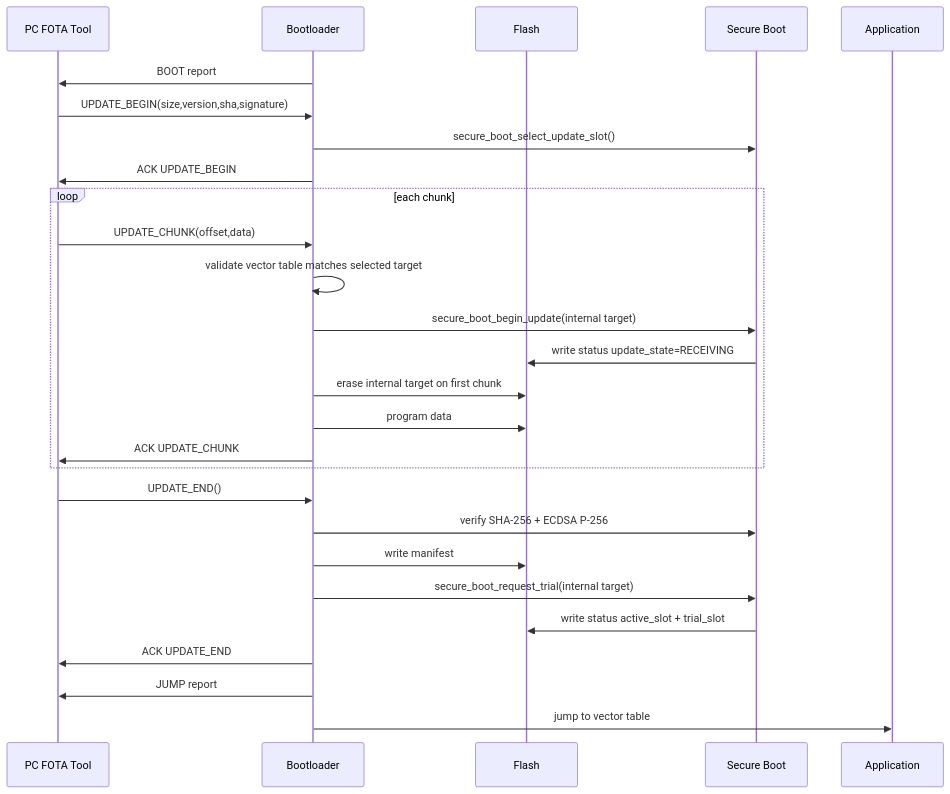
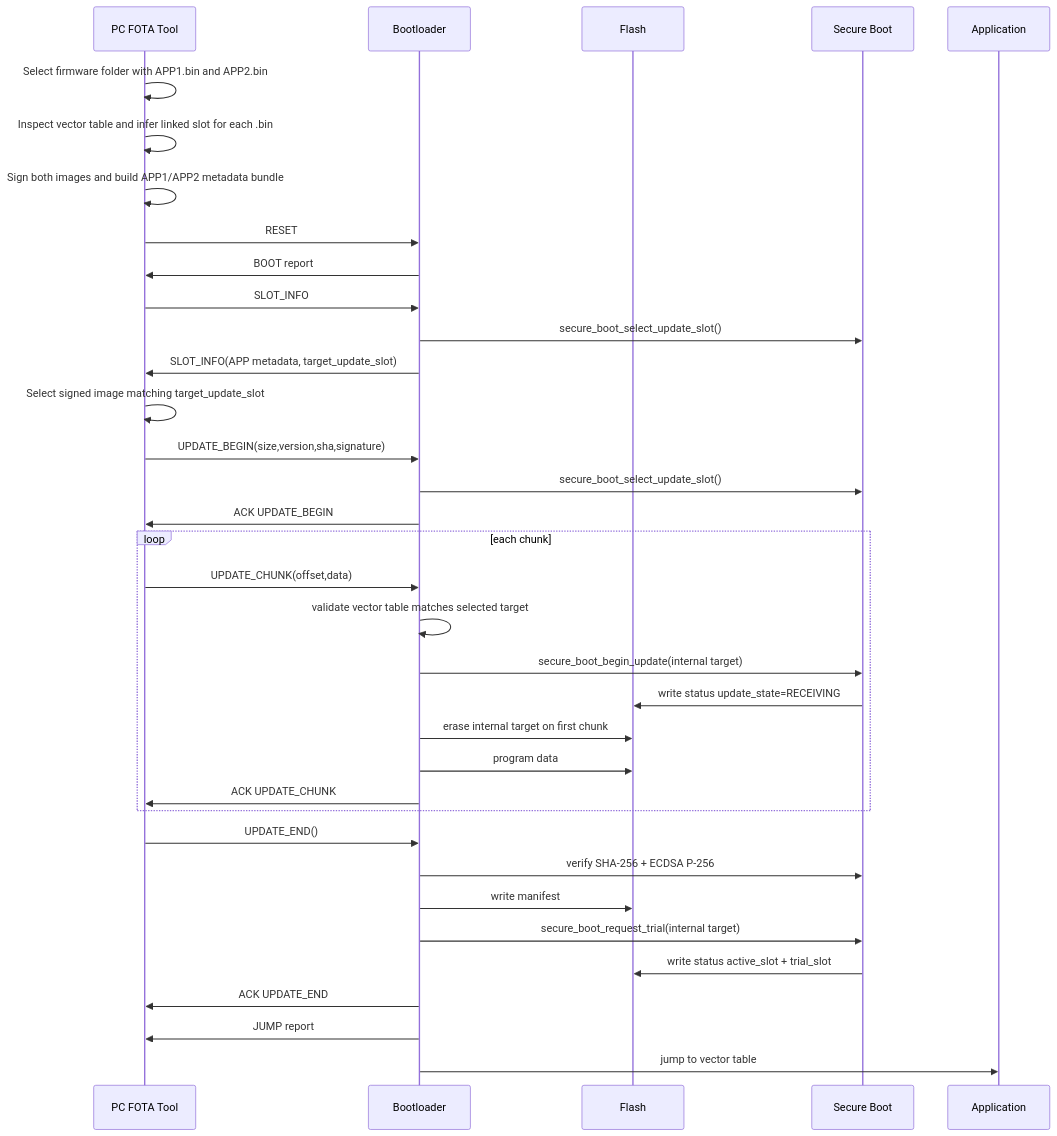
The fifth of 7 diagrams in README.md (tiem-alpha/secure_bootloader), drawn with Mermaid before and after one commit. The commit also changed other lines of this file and 14 other files, not shown here.

````diff
--- a/README.md
+++ b/README.md
@@ -505,32 +508,40 @@
 ```mermaid
 sequenceDiagram
     participant PC as PC FOTA Tool
     participant BL as Bootloader
     participant FL as Flash
     participant SB as Secure Boot
     participant APP as Application
 
+    PC->>PC: Select firmware folder with APP1.bin and APP2.bin
+    PC->>PC: Inspect vector table and infer linked slot for each .bin
+    PC->>PC: Sign both images and build APP1/APP2 metadata bundle
+    PC->>BL: RESET
     BL->>PC: BOOT report
+    PC->>BL: SLOT_INFO
+    BL->>SB: secure_boot_select_update_slot()
+    BL->>PC: SLOT_INFO(APP metadata, target_update_slot)
+    PC->>PC: Select signed image matching target_update_slot
     PC->>BL: UPDATE_BEGIN(size,version,sha,signature)
     BL->>SB: secure_boot_select_update_slot()
     BL->>PC: ACK UPDATE_BEGIN
 
     loop each chunk
         PC->>BL: UPDATE_CHUNK(offset,data)
         BL->>BL: validate vector table matches selected target
         BL->>SB: secure_boot_begin_update(internal target)
         SB->>FL: write status update_state=RECEIVING
         BL->>FL: erase internal target on first chunk
         BL->>FL: program data
         BL->>PC: ACK UPDATE_CHUNK
     end
 
     PC->>BL: UPDATE_END()
     BL->>SB: verify SHA-256 + ECDSA P-256
     BL->>FL: write manifest
     BL->>SB: secure_boot_request_trial(internal target)
     SB->>FL: write status active_slot + trial_slot
     BL->>PC: ACK UPDATE_END
     BL->>PC: JUMP report
     BL->>APP: jump to vector table
 ```
````
